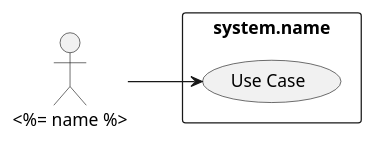
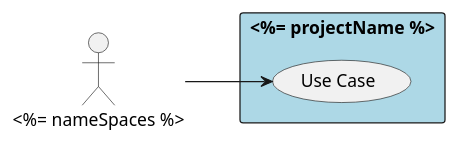
Before and after one commit to madajaju/bouquet: the diagram in bouquet-Actor/templates/UseCases.puml, drawn with PlantUML. The commit also changed 36 other files, not shown here.

```diff
--- a/bouquet-Actor/templates/UseCases.puml
+++ b/bouquet-Actor/templates/UseCases.puml
@@ -1,13 +1,13 @@
 @startuml
 
 left to right direction
 
-:<%= name %>: as Actor
+:<%= nameSpaces %>: as Actor
 
-rectangle "system.name" {
+rectangle "<%= projectName %>" #lightblue {
     (Use Case) as U1
 }
 
 Actor --> U1
 
 @enduml
```
